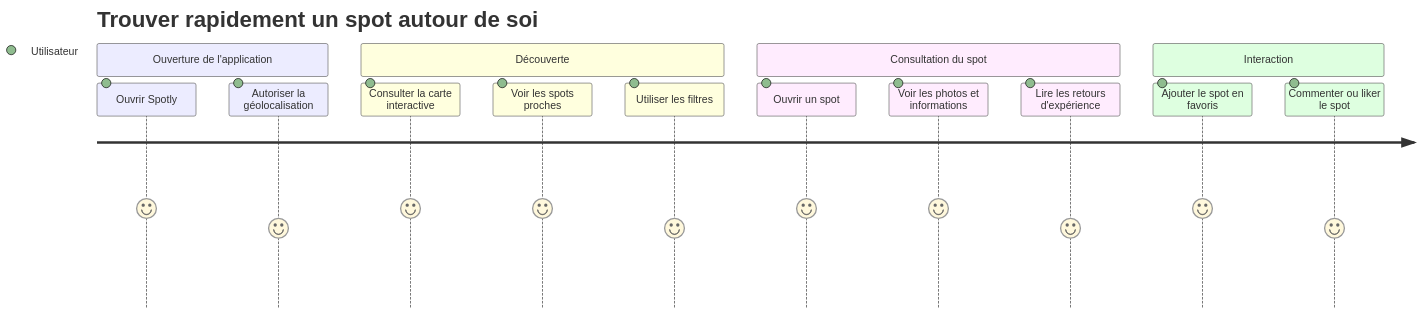
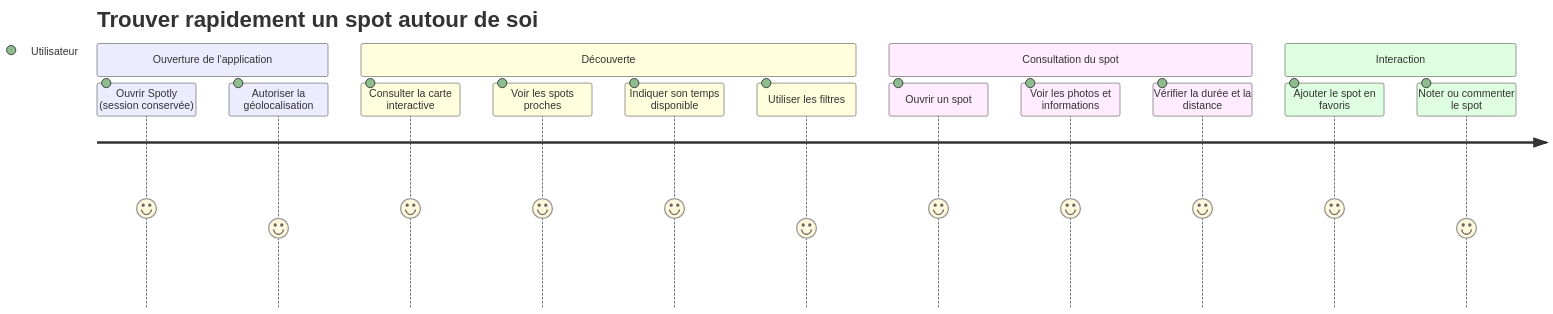
Before and after one commit to Lafuente-Nicolas/SpotLy: the first of 2 diagrams in docs/Journey.md, drawn with Mermaid. The commit also changed other lines of this file and 3 other files, not shown here.

````diff
--- a/docs/Journey.md
+++ b/docs/Journey.md
@@ -3,22 +9,23 @@
 ```mermaid
 journey
     title Trouver rapidement un spot autour de soi
 
     section Ouverture de l'application
-      Ouvrir Spotly: 5: Utilisateur
+      Ouvrir Spotly (session conservée): 5: Utilisateur
       Autoriser la géolocalisation: 4: Utilisateur
 
     section Découverte
       Consulter la carte interactive: 5: Utilisateur
       Voir les spots proches: 5: Utilisateur
+      Indiquer son temps disponible: 5: Utilisateur
       Utiliser les filtres: 4: Utilisateur
 
     section Consultation du spot
       Ouvrir un spot: 5: Utilisateur
       Voir les photos et informations: 5: Utilisateur
-      Lire les retours d'expérience: 4: Utilisateur
+      Vérifier la durée et la distance: 5: Utilisateur
 
     section Interaction
       Ajouter le spot en favoris: 5: Utilisateur
-      Commenter ou liker le spot: 4: Utilisateur
+      Noter ou commenter le spot: 4: Utilisateur
 ```
````
